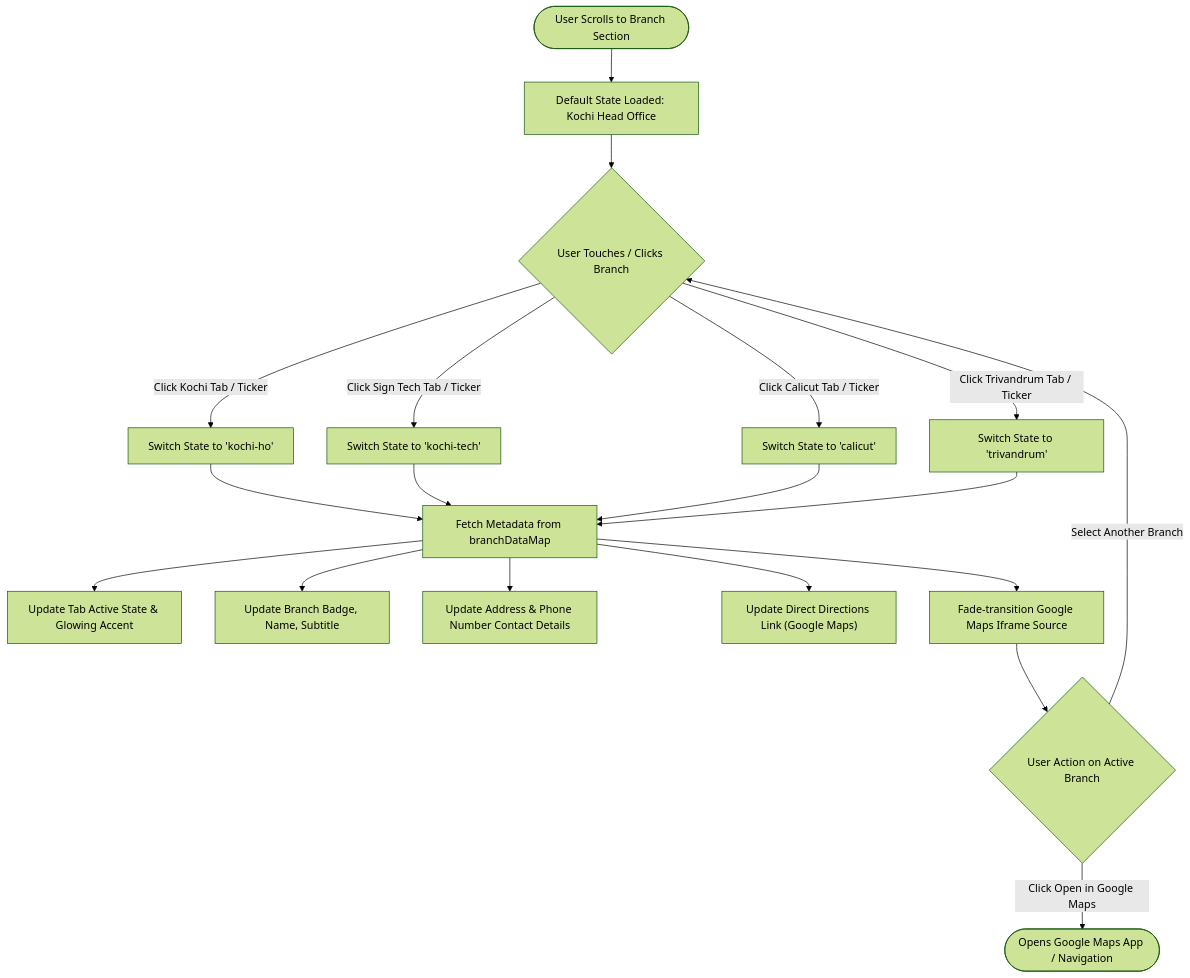
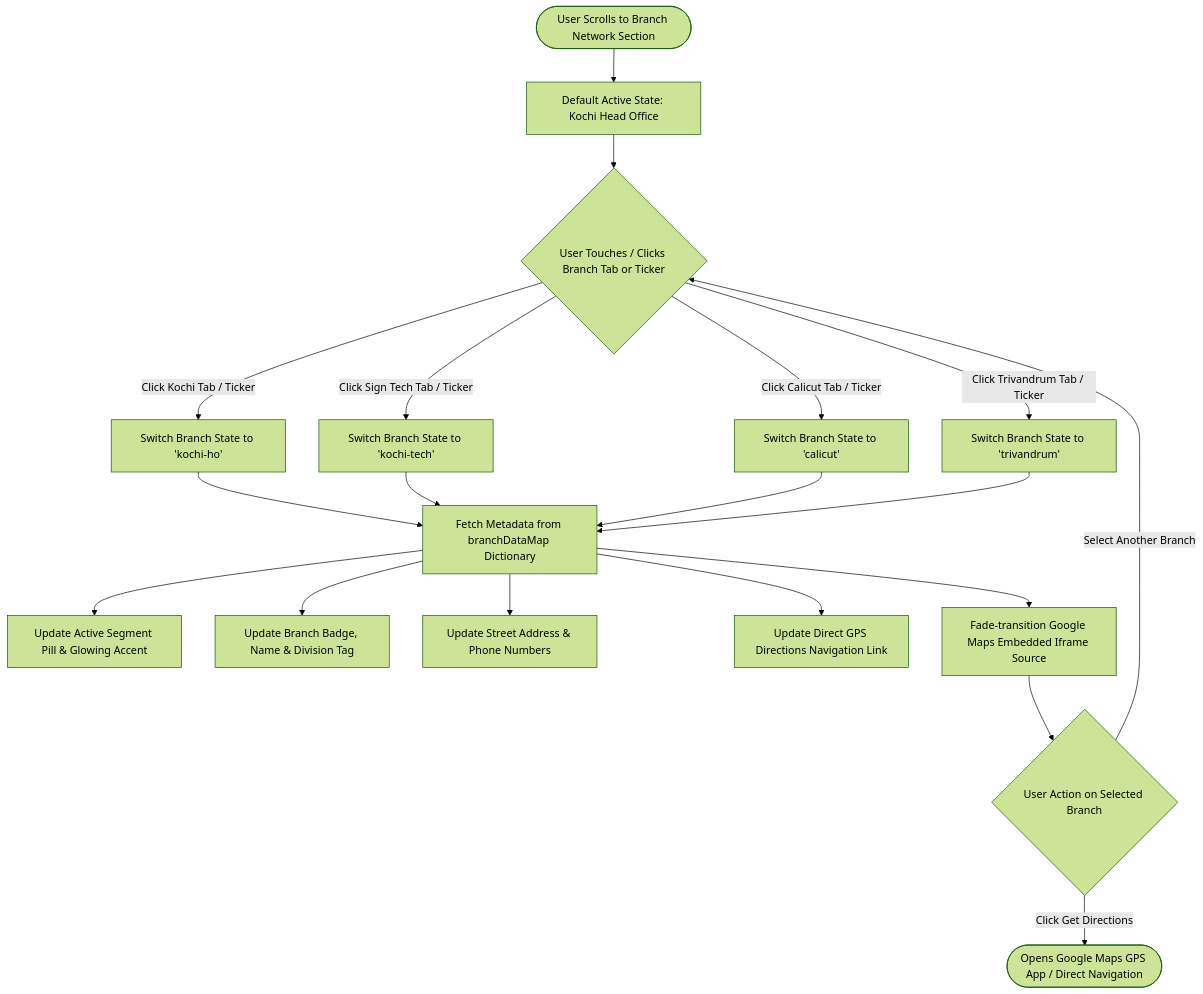
Before and after one commit to jainish09/southan_impex: the second of 6 diagrams in FLOW.md, drawn with Mermaid (forest theme). The commit also changed other lines of this file and 13 other files, not shown here.

````diff
--- a/FLOW.md
+++ b/FLOW.md
@@ -40,26 +39,26 @@
 ```mermaid
 flowchart TD
-    UserLand(["User Scrolls to Branch Section"]) --> DefaultState["Default State Loaded: Kochi Head Office"]
+    UserLand(["User Scrolls to Branch Network Section"]) --> DefaultState["Default Active State: Kochi Head Office"]
     
-    DefaultState --> ActionChoice{"User Touches / Clicks Branch"}
+    DefaultState --> ActionChoice{"User Touches / Clicks Branch Tab or Ticker"}
     
-    ActionChoice -->|"Click Kochi Tab / Ticker"| SwitchKochi["Switch State to 'kochi-ho'"]
-    ActionChoice -->|"Click Sign Tech Tab / Ticker"| SwitchTech["Switch State to 'kochi-tech'"]
-    ActionChoice -->|"Click Calicut Tab / Ticker"| SwitchCalicut["Switch State to 'calicut'"]
-    ActionChoice -->|"Click Trivandrum Tab / Ticker"| SwitchTVM["Switch State to 'trivandrum'"]
+    ActionChoice -->|"Click Kochi Tab / Ticker"| SwitchKochi["Switch Branch State to 'kochi-ho'"]
+    ActionChoice -->|"Click Sign Tech Tab / Ticker"| SwitchTech["Switch Branch State to 'kochi-tech'"]
+    ActionChoice -->|"Click Calicut Tab / Ticker"| SwitchCalicut["Switch Branch State to 'calicut'"]
+    ActionChoice -->|"Click Trivandrum Tab / Ticker"| SwitchTVM["Switch Branch State to 'trivandrum'"]
     
-    SwitchKochi --> UpdateDOM["Fetch Metadata from branchDataMap"]
+    SwitchKochi --> UpdateDOM["Fetch Metadata from branchDataMap Dictionary"]
     SwitchTech --> UpdateDOM
     SwitchCalicut --> UpdateDOM
     SwitchTVM --> UpdateDOM
     
-    UpdateDOM --> DOM1["Update Tab Active State & Glowing Accent"]
-    UpdateDOM --> DOM2["Update Branch Badge, Name, Subtitle"]
-    UpdateDOM --> DOM3["Update Address & Phone Number Contact Details"]
-    UpdateDOM --> DOM4["Update Direct Directions Link (Google Maps)"]
-    UpdateDOM --> DOM5["Fade-transition Google Maps Iframe Source"]
+    UpdateDOM --> DOM1["Update Active Segment Pill & Glowing Accent"]
+    UpdateDOM --> DOM2["Update Branch Badge, Name & Division Tag"]
+    UpdateDOM --> DOM3["Update Street Address & Phone Numbers"]
+    UpdateDOM --> DOM4["Update Direct GPS Directions Navigation Link"]
+    UpdateDOM --> DOM5["Fade-transition Google Maps Embedded Iframe Source"]
     
-    DOM5 --> UserNavChoice{"User Action on Active Branch"}
-    UserNavChoice -->|"Click Open in Google Maps"| ExternalGmaps(["Opens Google Maps App / Navigation"])
+    DOM5 --> UserNavChoice{"User Action on Selected Branch"}
+    UserNavChoice -->|"Click Get Directions"| ExternalGmaps(["Opens Google Maps GPS App / Direct Navigation"])
     UserNavChoice -->|"Select Another Branch"| ActionChoice
 ```
````
